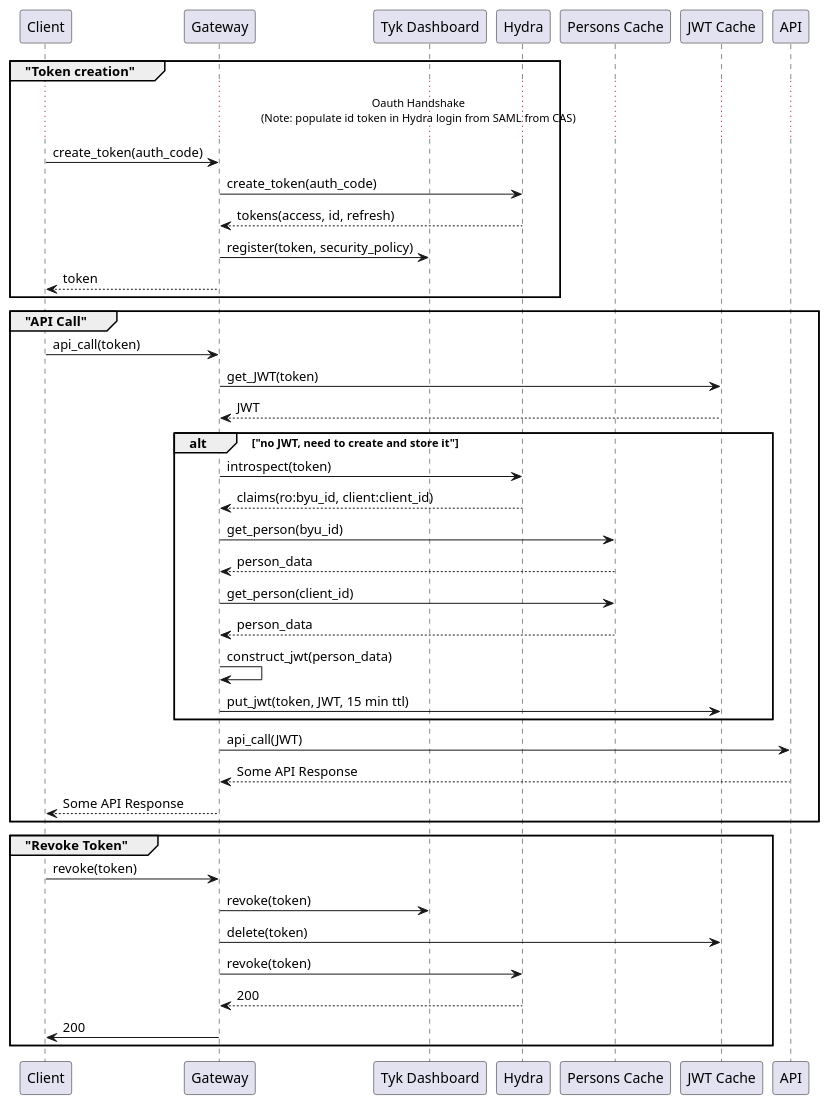
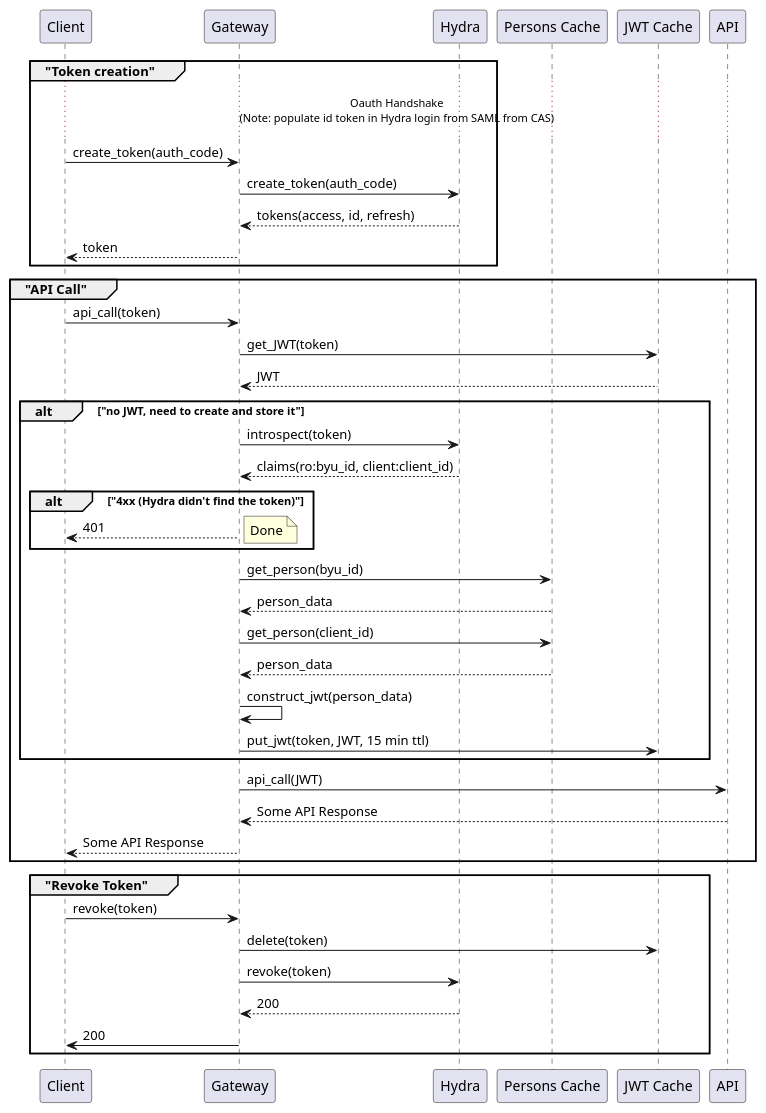
Before and after one commit to byu-oit/tyk-gateway-docker: the diagram in doc/tyk-token-and-jwt.puml, drawn with PlantUML. The commit also changed 2 other files, not shown here.

Commit message:
eliminate dependency on Tyk dashboard API

```diff
--- a/doc/tyk-token-and-jwt.puml
+++ b/doc/tyk-token-and-jwt.puml
@@ -1,48 +1,49 @@
 @startuml tyk-token-and-jwt
 
 participant Client as client
 participant Gateway as gw
-participant "Tyk Dashboard" as tyk
 participant Hydra as hydra
 participant "Persons Cache" as persons
 participant "JWT Cache" as jwt
 participant API as api
 
 group "Token creation"
     ...Oauth Handshake\n(Note: populate id token in Hydra login from SAML from CAS)...
     client -> gw : create_token(auth_code)
     gw -> hydra : create_token(auth_code)
     hydra --> gw : tokens(access, id, refresh)
-    gw -> tyk : register(token, security_policy)
     gw --> client : token
 end
 
 group "API Call"
     client -> gw : api_call(token)
     gw -> jwt : get_JWT(token)
     jwt --> gw : JWT
     alt "no JWT, need to create and store it"
         gw -> hydra : introspect(token)
         hydra --> gw : claims(ro:byu_id, client:client_id)
+        alt "4xx (Hydra didn't find the token)"
+            gw --> client : 401
+            note right: Done
+        end
         gw -> persons : get_person(byu_id)
         persons --> gw : person_data
         gw -> persons : get_person(client_id)
         persons --> gw : person_data
         gw -> gw : construct_jwt(person_data)
         gw -> jwt : put_jwt(token, JWT, 15 min ttl)
     end
     gw -> api : api_call(JWT)
     api --> gw : Some API Response
     gw --> client : Some API Response
 end
 
 group "Revoke Token"
     client -> gw : revoke(token)
-    gw -> tyk : revoke(token)
     gw -> jwt : delete(token)
     gw -> hydra : revoke(token)
     hydra --> gw : 200
     gw -> client : 200
 end
 
 @enduml
```
